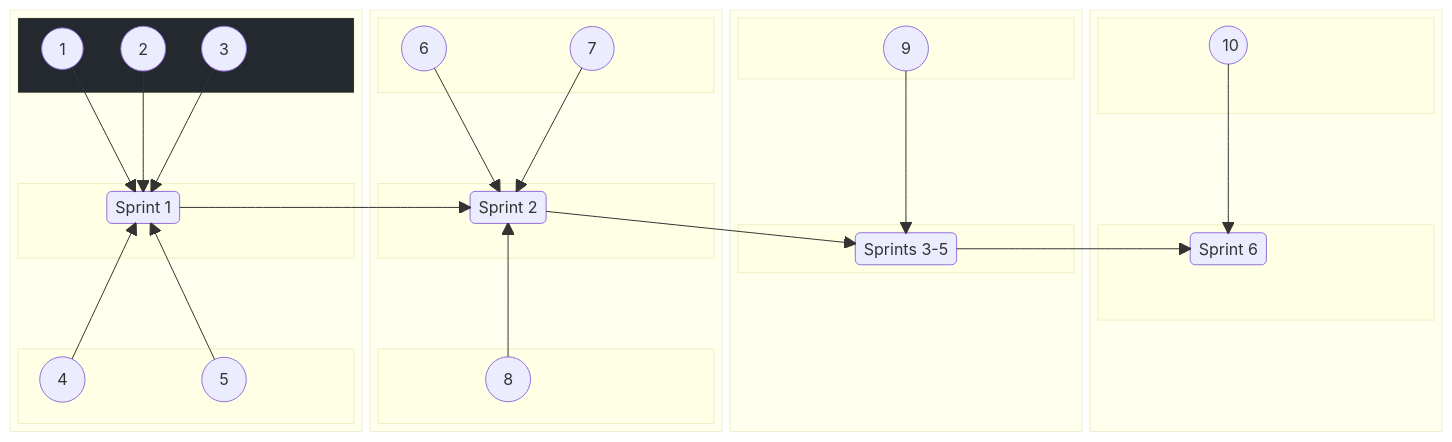
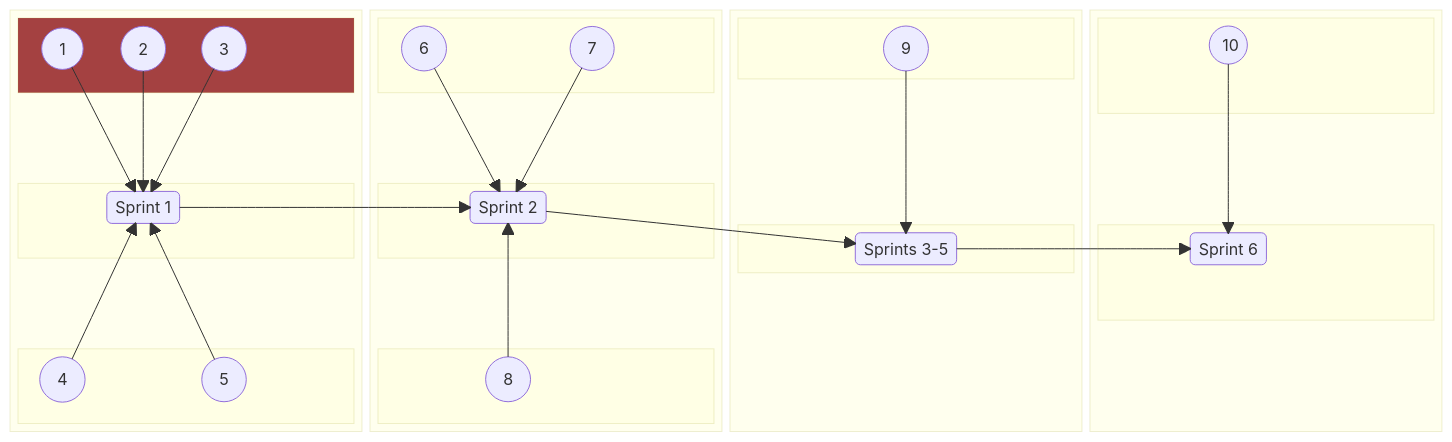
Before and after one commit to jdmedlock/mermaid_testing: the second of 2 diagrams in README.md, drawn with Mermaid.

Commit message:
Feature: Add annotations to test layout

````diff
--- a/README.md
+++ b/README.md
@@ -190,5 +190,5 @@
     SPRINT2 --> SPRINTS35
     SPRINTS35 --> SPRINT6
 
-    style B1TOP fill:#24292f
+    style B1TOP fill:#a44141
 ```
````
